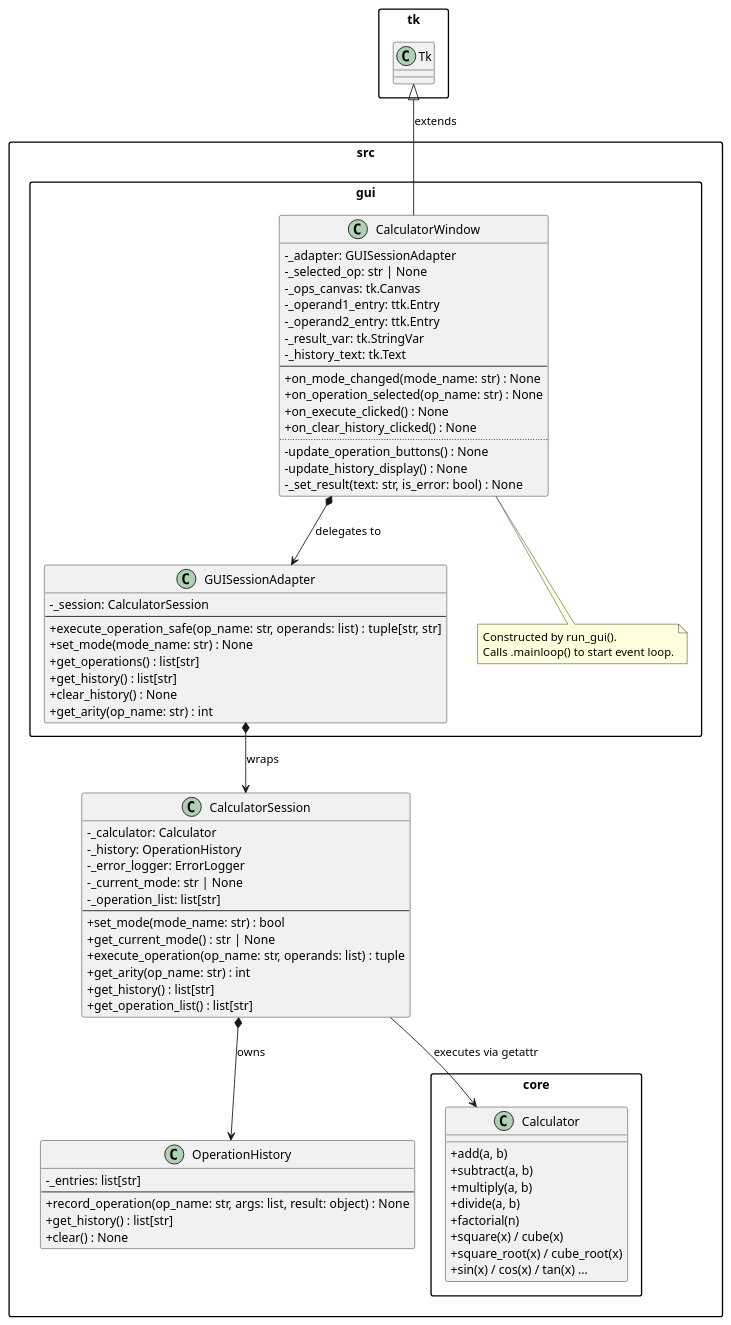
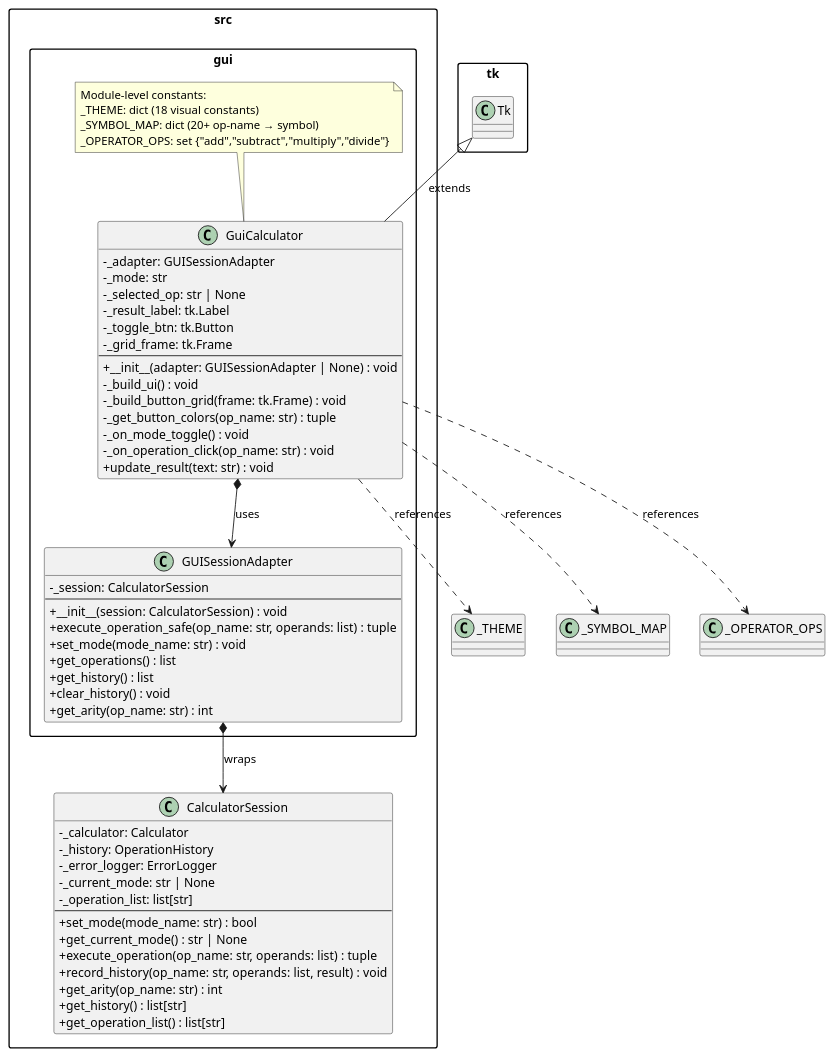
One commit to DanielRiha8906/Calculator_bachelor_autoevolution_team changed the diagram in artifacts/class_gui_architecture.puml. Above: the diagram before and after it, drawn with PlantUML. The commit also changed 3 other files, not shown here.

Commit message:
docs: update GUI diagrams for iOS calculator redesign

```diff
--- a/artifacts/class_gui_architecture.puml
+++ b/artifacts/class_gui_architecture.puml
@@ -1,91 +1,73 @@
 @startuml class_gui_architecture
 
 skinparam classAttributeIconSize 0
 skinparam packageStyle rectangle
 
 package "src.gui" {
 
-    class CalculatorWindow {
+    class GuiCalculator {
         -_adapter: GUISessionAdapter
+        -_mode: str
         -_selected_op: str | None
-        -_ops_canvas: tk.Canvas
-        -_operand1_entry: ttk.Entry
-        -_operand2_entry: ttk.Entry
-        -_result_var: tk.StringVar
-        -_history_text: tk.Text
+        -_result_label: tk.Label
+        -_toggle_btn: tk.Button
+        -_grid_frame: tk.Frame
         --
-        +on_mode_changed(mode_name: str) : None
-        +on_operation_selected(op_name: str) : None
-        +on_execute_clicked() : None
-        +on_clear_history_clicked() : None
-        ..
-        -update_operation_buttons() : None
-        -update_history_display() : None
-        -_set_result(text: str, is_error: bool) : None
+        +__init__(adapter: GUISessionAdapter | None) : void
+        -_build_ui() : void
+        -_build_button_grid(frame: tk.Frame) : void
+        -_get_button_colors(op_name: str) : tuple
+        -_on_mode_toggle() : void
+        -_on_operation_click(op_name: str) : void
+        +update_result(text: str) : void
     }
 
     class GUISessionAdapter {
         -_session: CalculatorSession
         --
-        +execute_operation_safe(op_name: str, operands: list) : tuple[str, str]
-        +set_mode(mode_name: str) : None
-        +get_operations() : list[str]
-        +get_history() : list[str]
-        +clear_history() : None
+        +__init__(session: CalculatorSession) : void
+        +execute_operation_safe(op_name: str, operands: list) : tuple
+        +set_mode(mode_name: str) : void
+        +get_operations() : list
+        +get_history() : list
+        +clear_history() : void
         +get_arity(op_name: str) : int
     }
 
-    note bottom of CalculatorWindow
-      Constructed by run_gui().
-      Calls .mainloop() to start event loop.
+    note top of GuiCalculator
+      Module-level constants:
+      _THEME: dict (18 visual constants)
+      _SYMBOL_MAP: dict (20+ op-name → symbol)
+      _OPERATOR_OPS: set {"add","subtract","multiply","divide"}
     end note
 }
 
 package "src" {
 
     class CalculatorSession {
         -_calculator: Calculator
         -_history: OperationHistory
         -_error_logger: ErrorLogger
         -_current_mode: str | None
         -_operation_list: list[str]
         --
         +set_mode(mode_name: str) : bool
         +get_current_mode() : str | None
         +execute_operation(op_name: str, operands: list) : tuple
+        +record_history(op_name: str, operands: list, result) : void
         +get_arity(op_name: str) : int
         +get_history() : list[str]
         +get_operation_list() : list[str]
     }
-
-    class OperationHistory {
-        -_entries: list[str]
-        --
-        +record_operation(op_name: str, args: list, result: object) : None
-        +get_history() : list[str]
-        +clear() : None
-    }
 }
 
-package "src.core" {
+"tk.Tk" <|-- GuiCalculator : extends
 
-    class Calculator {
-        +add(a, b)
-        +subtract(a, b)
-        +multiply(a, b)
-        +divide(a, b)
-        +factorial(n)
-        +square(x) / cube(x)
-        +square_root(x) / cube_root(x)
-        +sin(x) / cos(x) / tan(x) ...
-    }
-}
+GuiCalculator *--> GUISessionAdapter : uses
+GUISessionAdapter *--> CalculatorSession : wraps
 
-"tk.Tk" <|-- CalculatorWindow : extends
-
-CalculatorWindow *--> GUISessionAdapter : delegates to
-GUISessionAdapter *--> CalculatorSession : wraps
-CalculatorSession --> Calculator : executes via getattr
-CalculatorSession *--> OperationHistory : owns
+GuiCalculator ..> "_THEME" : references
+GuiCalculator ..> "_SYMBOL_MAP" : references
+GuiCalculator ..> "_OPERATOR_OPS" : references
 
 @enduml
```
